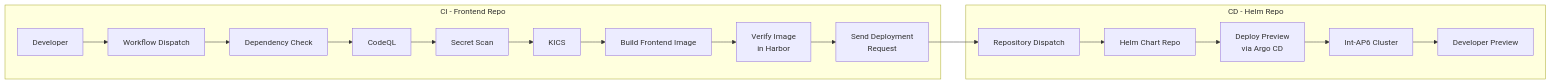
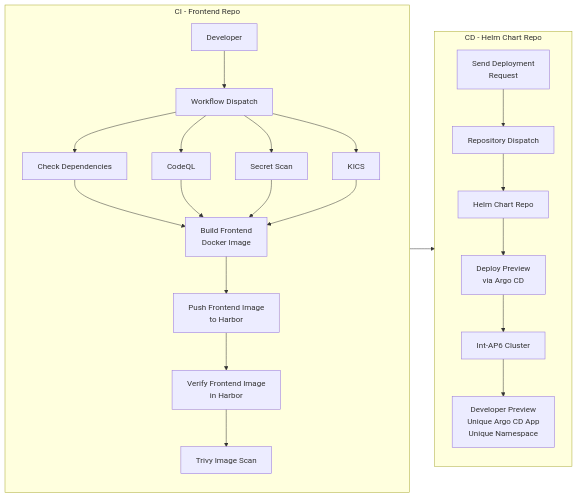
The diagram in docs/frontend-ci.md (ARENA2036/managed-simple-data-exchanger), drawn with Mermaid before and after one commit. The commit also changed other lines of this file and 1 other file, not shown here.

Commit message:
docs: fix workflow daigram in cicd docs

````diff
--- a/docs/frontend-ci.md
+++ b/docs/frontend-ci.md
@@ -3,28 +3,56 @@
 ```mermaid
 flowchart LR
 
 subgraph CI["CI - Frontend Repo"]
+direction TB
 
 A[Developer]
-A --> B[Workflow Dispatch]
-B --> C[Dependency Check]
-C --> D[CodeQL]
-D --> E[Secret Scan]
-E --> F[KICS]
-F --> G[Build Frontend Image]
-G --> H[Verify Image<br/>in Harbor]
-H --> I[Trivy Scan]
+B[Workflow Dispatch]
+C[Check Dependencies]
+D[CodeQL]
+E[Secret Scan]
+F[KICS]
+G[Build Frontend<br/>Docker Image]
+H[Push Frontend Image<br/>to Harbor]
+I[Verify Frontend Image<br/>in Harbor]
+J[Trivy Image Scan]
+
+A --> B
+
+B --> C
+B --> D
+B --> E
+B --> F
+
+C --> G
+D --> G
+E --> G
+F --> G
+
+G --> H
+H --> I
+I --> J
 
 end
 
-subgraph CD["CD - Helm Repo"]
-I[Send Deployment<br/>Request]
-I --> K[Repository Dispatch]
-K --> L[Helm Chart Repo]
-L --> M[Deploy Preview<br/>via Argo CD]
-M --> N[Int-AP6 Cluster]
-N --> O[Developer Preview]
+subgraph CD["CD - Helm Chart Repo"]
+direction TB
+
+K[Send Deployment<br/>Request]
+L[Repository Dispatch]
+M[Helm Chart Repo]
+N[Deploy Preview<br/>via Argo CD]
+O[Int-AP6 Cluster]
+P[Developer Preview<br/>Unique Argo CD App<br/>Unique Namespace]
+
+K --> L
+L --> M
+M --> N
+N --> O
+O --> P
 
 end
 
+J --> K
+
 ```
````
